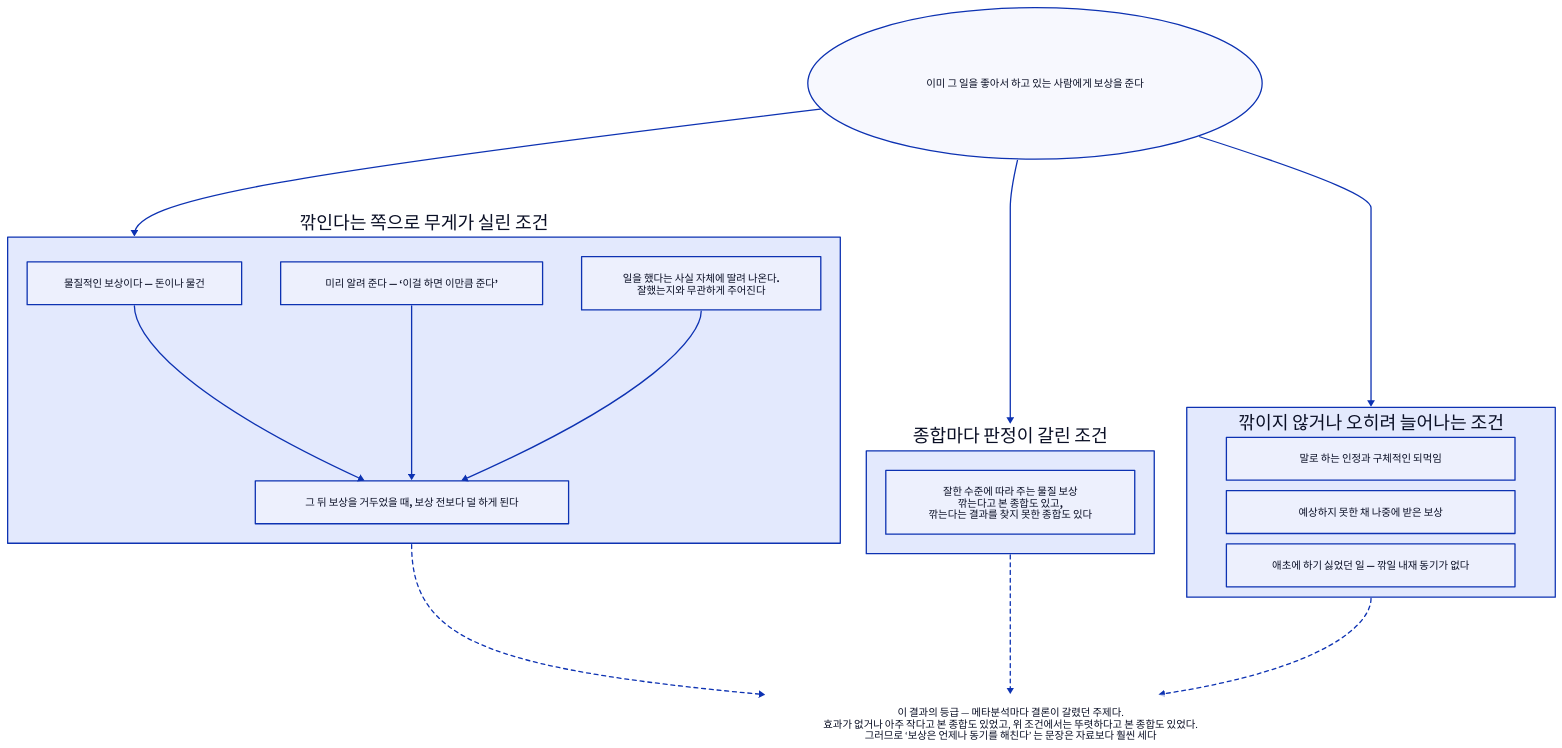
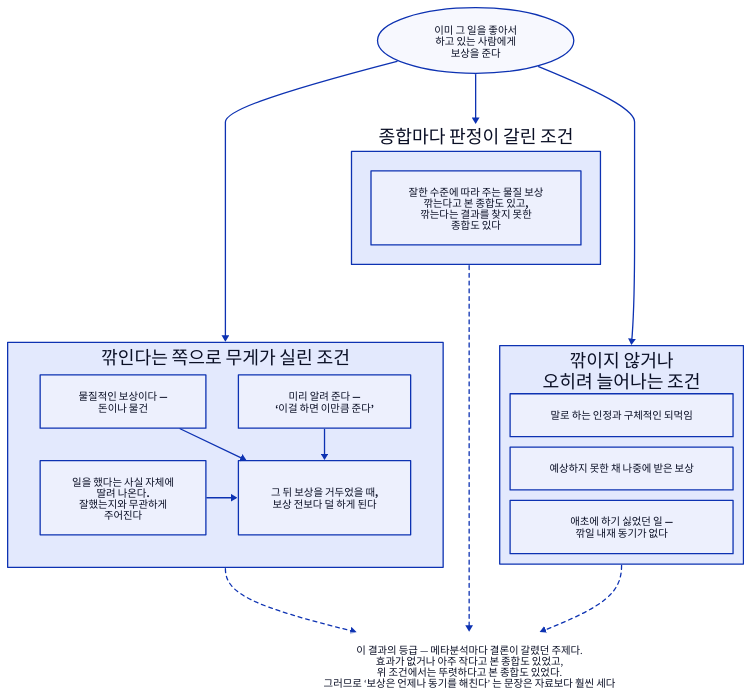
The diagram in d2/psychology/psy-n-reward.d2 (Dong-gi/Dong-gi.github.io), drawn with D2 before and after one commit. The commit also changed 295 other files, not shown here.

```diff
--- a/d2/psychology/psy-n-reward.d2
+++ b/d2/psychology/psy-n-reward.d2
@@ -1,51 +1,60 @@
 # 보상이 내재 동기를 깎는 조건 — 심리학 16장.
 #
 # 무엇을 읽어야 하나: ‘보상은 동기를 깎는다’ 가 아니라
 # ‘어떤 보상이 어떤 조건에서 깎는다’ 라는 것. 조건이 좁다.
+#
+# 배치: 폭을 줄이려고 ‘종합마다 판정이 갈린 조건’ 을 가운데 위 단에 두고, 나머지 두 묶음을
+# 그 아래 단 양쪽에 두었다(맨 끝의 보이지 않는 화살표). 긴 글은 여러 줄로 나눴다.
 direction: down
 
 출발: {
-  label: "이미 그 일을 좋아서 하고 있는 사람에게 보상을 준다"
+  label: "이미 그 일을 좋아서\n하고 있는 사람에게\n보상을 준다"
   shape: oval
   style.bold: true
 }
 
 깎이는: {
   label: "깎인다는 쪽으로 무게가 실린 조건"
-  direction: down
-  a: { label: "물질적인 보상이다 — 돈이나 물건"; style.bold: true }
-  b: { label: "미리 알려 준다 — ‘이걸 하면 이만큼 준다’" }
-  c: { label: "일을 했다는 사실 자체에 딸려 나온다.\n잘했는지와 무관하게 주어진다" }
-  d: { label: "그 뒤 보상을 거두었을 때, 보상 전보다 덜 하게 된다" }
+  # 2칸 × 2줄 — 세 조건(a·b·c)이 넷째 칸(d)의 결과로 모인다.
+  grid-rows: 2
+  grid-columns: 2
+  grid-gap: 50
+  a: { label: "물질적인 보상이다 —\n돈이나 물건"; style.bold: true }
+  b: { label: "미리 알려 준다 —\n‘이걸 하면 이만큼 준다’" }
+  c: { label: "일을 했다는 사실 자체에\n딸려 나온다.\n잘했는지와 무관하게\n주어진다" }
+  d: { label: "그 뒤 보상을 거두었을 때,\n보상 전보다 덜 하게 된다" }
   a -> d
   b -> d
   c -> d
 }
 
 안깎이는: {
-  label: "깎이지 않거나 오히려 늘어나는 조건"
+  label: "깎이지 않거나\n오히려 늘어나는 조건"
   # 서로 잇는 화살표가 없어 direction 만으로는 한 줄로 눕는다. 세로로 쌓아 그림 폭을 줄인다.
   grid-columns: 1
   grid-gap: 16
   e: { label: "말로 하는 인정과 구체적인 되먹임" }
   f: { label: "예상하지 못한 채 나중에 받은 보상" }
-  h: { label: "애초에 하기 싫었던 일 — 깎일 내재 동기가 없다" }
+  h: { label: "애초에 하기 싫었던 일 —\n깎일 내재 동기가 없다" }
 }
 
 # 두 종합의 판정이 갈린 조건은 어느 한쪽 상자에 넣지 않고 따로 둔다.
 갈린: {
   label: "종합마다 판정이 갈린 조건"
-  g: { label: "잘한 수준에 따라 주는 물질 보상\n깎는다고 본 종합도 있고,\n깎는다는 결과를 찾지 못한 종합도 있다" }
+  g: { label: "잘한 수준에 따라 주는 물질 보상\n깎는다고 본 종합도 있고,\n깎는다는 결과를 찾지 못한\n종합도 있다" }
 }
 
 출발 -> 깎이는
 출발 -> 갈린
 출발 -> 안깎이는
 
 읽는법: {
-  label: "　\n이 결과의 등급 — 메타분석마다 결론이 갈렸던 주제다.\n효과가 없거나 아주 작다고 본 종합도 있었고, 위 조건에서는 뚜렷하다고 본 종합도 있었다.\n그러므로 ‘보상은 언제나 동기를 해친다’ 는 문장은 자료보다 훨씬 세다"
+  label: "　\n이 결과의 등급 — 메타분석마다 결론이 갈렸던 주제다.\n효과가 없거나 아주 작다고 본 종합도 있었고,\n위 조건에서는 뚜렷하다고 본 종합도 있었다.\n그러므로 ‘보상은 언제나 동기를 해친다’ 는 문장은 자료보다 훨씬 세다"
   shape: text
 }
 깎이는 -> 읽는법: { style.stroke-dash: 3 }
 갈린 -> 읽는법: { style.stroke-dash: 3 }
 안깎이는 -> 읽는법: { style.stroke-dash: 3 }
+
+# 배치용 — 보이지 않는 화살표. ‘깎이지 않는’ 쪽을 한 단 내려 폭을 줄인다. 뜻은 없다.
+갈린 -> 안깎이는: { style.opacity: 0 }
```
